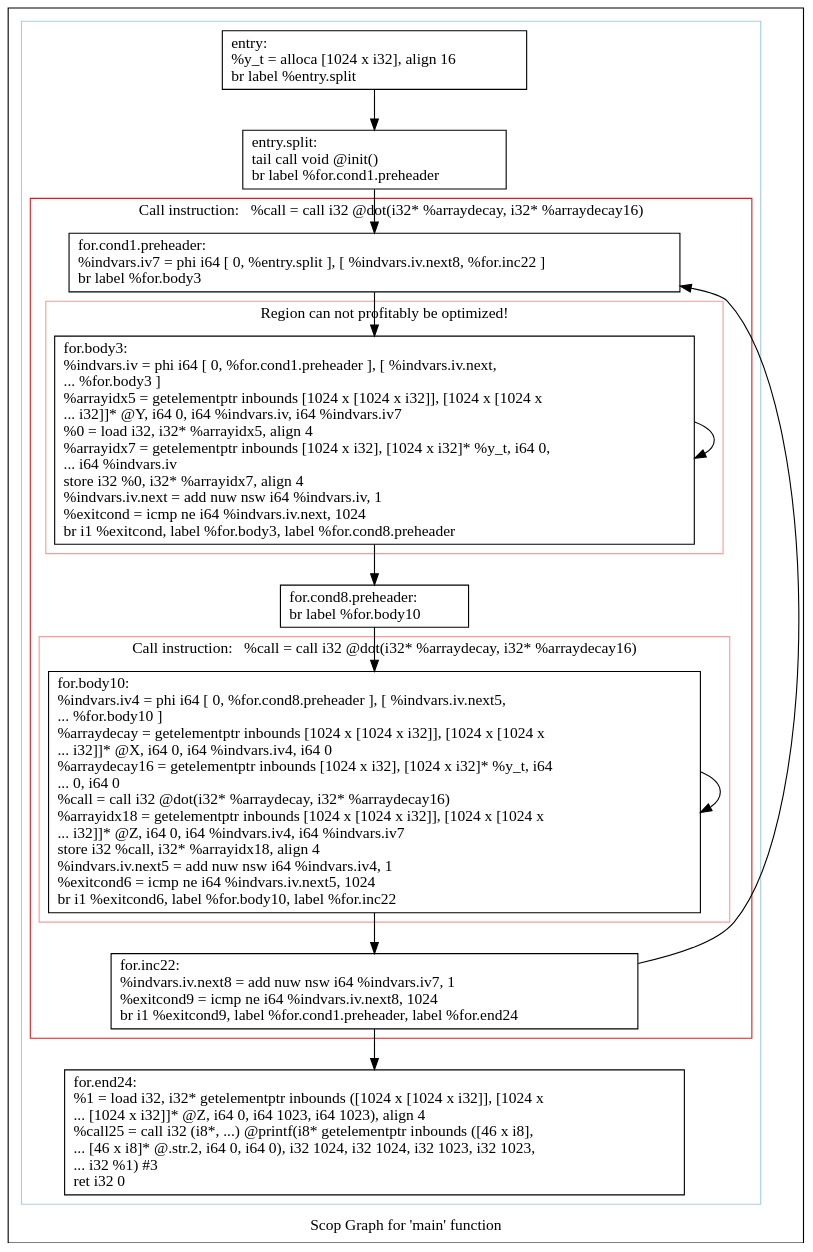
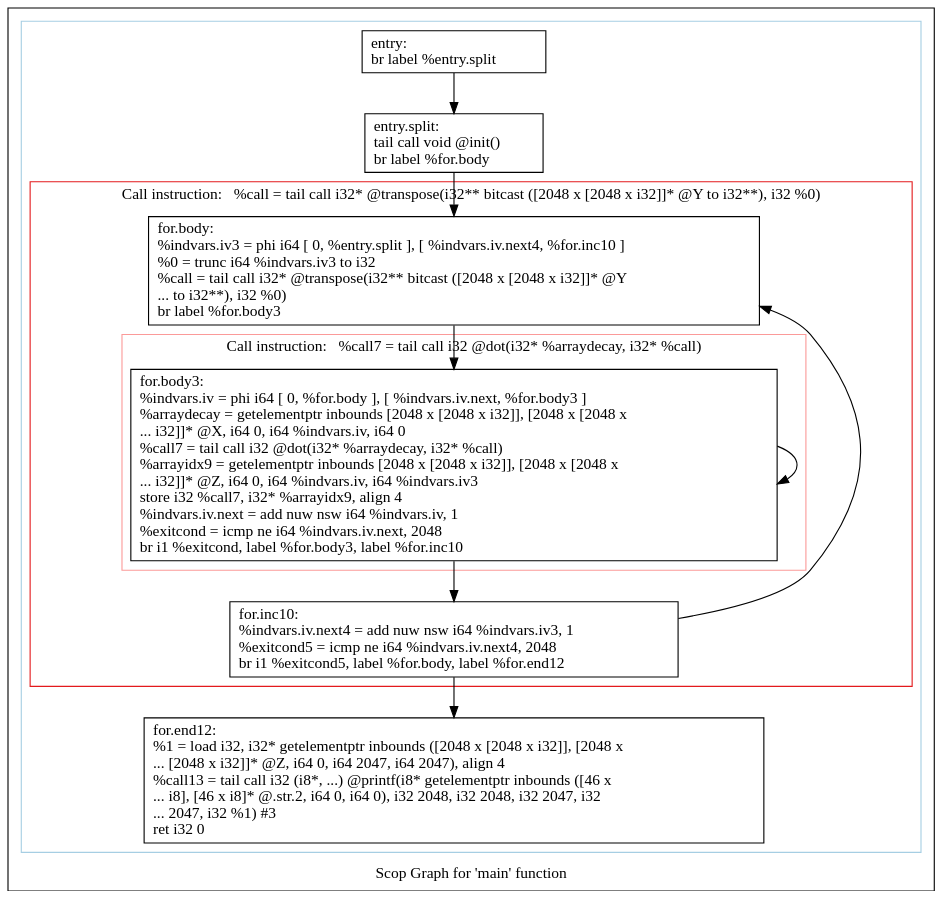
The diagram in polly/MatrixMult/impl/handwritten3/dot/scops.main.dot (samminweng/WhileyOpenCL), drawn with Graphviz before and after one commit. The commit also changed 20 other files, not shown here.

Commit message:
Update 'transpose' and 'dot' functions of Handwritten MatrixMult C program This update splits a large single loop into a loop nests with a small sized stride = 64. That means, dot products and transposes could run faster with the help of CPU caches

```diff
--- a/polly/MatrixMult/impl/handwritten3/dot/scops.main.dot
+++ b/polly/MatrixMult/impl/handwritten3/dot/scops.main.dot
@@ -1,51 +1,39 @@
 digraph "Scop Graph for 'main' function" {
 	label="Scop Graph for 'main' function";
 
-	Node0x63d6520 [shape=record,label="{entry:\l  %y_t = alloca [1024 x i32], align 16\l  br label %entry.split\l}"];
-	Node0x63d6520 -> Node0x63d73c0;
-	Node0x63d73c0 [shape=record,label="{entry.split:                                      \l  tail call void @init()\l  br label %for.cond1.preheader\l}"];
-	Node0x63d73c0 -> Node0x63d7680;
-	Node0x63d7680 [shape=record,label="{for.cond1.preheader:                              \l  %indvars.iv7 = phi i64 [ 0, %entry.split ], [ %indvars.iv.next8, %for.inc22 ]\l  br label %for.body3\l}"];
-	Node0x63d7680 -> Node0x63d76a0;
-	Node0x63d76a0 [shape=record,label="{for.body3:                                        \l  %indvars.iv = phi i64 [ 0, %for.cond1.preheader ], [ %indvars.iv.next,\l... %for.body3 ]\l  %arrayidx5 = getelementptr inbounds [1024 x [1024 x i32]], [1024 x [1024 x\l... i32]]* @Y, i64 0, i64 %indvars.iv, i64 %indvars.iv7\l  %0 = load i32, i32* %arrayidx5, align 4\l  %arrayidx7 = getelementptr inbounds [1024 x i32], [1024 x i32]* %y_t, i64 0,\l... i64 %indvars.iv\l  store i32 %0, i32* %arrayidx7, align 4\l  %indvars.iv.next = add nuw nsw i64 %indvars.iv, 1\l  %exitcond = icmp ne i64 %indvars.iv.next, 1024\l  br i1 %exitcond, label %for.body3, label %for.cond8.preheader\l}"];
-	Node0x63d76a0 -> Node0x63d76a0[constraint=false];
-	Node0x63d76a0 -> Node0x63d6d30;
-	Node0x63d6d30 [shape=record,label="{for.cond8.preheader:                              \l  br label %for.body10\l}"];
-	Node0x63d6d30 -> Node0x63d5f70;
-	Node0x63d5f70 [shape=record,label="{for.body10:                                       \l  %indvars.iv4 = phi i64 [ 0, %for.cond8.preheader ], [ %indvars.iv.next5,\l... %for.body10 ]\l  %arraydecay = getelementptr inbounds [1024 x [1024 x i32]], [1024 x [1024 x\l... i32]]* @X, i64 0, i64 %indvars.iv4, i64 0\l  %arraydecay16 = getelementptr inbounds [1024 x i32], [1024 x i32]* %y_t, i64\l... 0, i64 0\l  %call = call i32 @dot(i32* %arraydecay, i32* %arraydecay16)\l  %arrayidx18 = getelementptr inbounds [1024 x [1024 x i32]], [1024 x [1024 x\l... i32]]* @Z, i64 0, i64 %indvars.iv4, i64 %indvars.iv7\l  store i32 %call, i32* %arrayidx18, align 4\l  %indvars.iv.next5 = add nuw nsw i64 %indvars.iv4, 1\l  %exitcond6 = icmp ne i64 %indvars.iv.next5, 1024\l  br i1 %exitcond6, label %for.body10, label %for.inc22\l}"];
-	Node0x63d5f70 -> Node0x63d5f70[constraint=false];
-	Node0x63d5f70 -> Node0x63d5f40;
-	Node0x63d5f40 [shape=record,label="{for.inc22:                                        \l  %indvars.iv.next8 = add nuw nsw i64 %indvars.iv7, 1\l  %exitcond9 = icmp ne i64 %indvars.iv.next8, 1024\l  br i1 %exitcond9, label %for.cond1.preheader, label %for.end24\l}"];
-	Node0x63d5f40 -> Node0x63d7680[constraint=false];
-	Node0x63d5f40 -> Node0x63d6ee0;
-	Node0x63d6ee0 [shape=record,label="{for.end24:                                        \l  %1 = load i32, i32* getelementptr inbounds ([1024 x [1024 x i32]], [1024 x\l... [1024 x i32]]* @Z, i64 0, i64 1023, i64 1023), align 4\l  %call25 = call i32 (i8*, ...) @printf(i8* getelementptr inbounds ([46 x i8],\l... [46 x i8]* @.str.2, i64 0, i64 0), i32 1024, i32 1024, i32 1023, i32 1023,\l... i32 %1) #3\l  ret i32 0\l}"];
+	Node0x520f650 [shape=record,label="{entry:\l  br label %entry.split\l}"];
+	Node0x520f650 -> Node0x521b890;
+	Node0x521b890 [shape=record,label="{entry.split:                                      \l  tail call void @init()\l  br label %for.body\l}"];
+	Node0x521b890 -> Node0x520ef80;
+	Node0x520ef80 [shape=record,label="{for.body:                                         \l  %indvars.iv3 = phi i64 [ 0, %entry.split ], [ %indvars.iv.next4, %for.inc10 ]\l  %0 = trunc i64 %indvars.iv3 to i32\l  %call = tail call i32* @transpose(i32** bitcast ([2048 x [2048 x i32]]* @Y\l... to i32**), i32 %0)\l  br label %for.body3\l}"];
+	Node0x520ef80 -> Node0x521b6e0;
+	Node0x521b6e0 [shape=record,label="{for.body3:                                        \l  %indvars.iv = phi i64 [ 0, %for.body ], [ %indvars.iv.next, %for.body3 ]\l  %arraydecay = getelementptr inbounds [2048 x [2048 x i32]], [2048 x [2048 x\l... i32]]* @X, i64 0, i64 %indvars.iv, i64 0\l  %call7 = tail call i32 @dot(i32* %arraydecay, i32* %call)\l  %arrayidx9 = getelementptr inbounds [2048 x [2048 x i32]], [2048 x [2048 x\l... i32]]* @Z, i64 0, i64 %indvars.iv, i64 %indvars.iv3\l  store i32 %call7, i32* %arrayidx9, align 4\l  %indvars.iv.next = add nuw nsw i64 %indvars.iv, 1\l  %exitcond = icmp ne i64 %indvars.iv.next, 2048\l  br i1 %exitcond, label %for.body3, label %for.inc10\l}"];
+	Node0x521b6e0 -> Node0x521b6e0[constraint=false];
+	Node0x521b6e0 -> Node0x521f5c0;
+	Node0x521f5c0 [shape=record,label="{for.inc10:                                        \l  %indvars.iv.next4 = add nuw nsw i64 %indvars.iv3, 1\l  %exitcond5 = icmp ne i64 %indvars.iv.next4, 2048\l  br i1 %exitcond5, label %for.body, label %for.end12\l}"];
+	Node0x521f5c0 -> Node0x520ef80[constraint=false];
+	Node0x521f5c0 -> Node0x521f620;
+	Node0x521f620 [shape=record,label="{for.end12:                                        \l  %1 = load i32, i32* getelementptr inbounds ([2048 x [2048 x i32]], [2048 x\l... [2048 x i32]]* @Z, i64 0, i64 2047, i64 2047), align 4\l  %call13 = tail call i32 (i8*, ...) @printf(i8* getelementptr inbounds ([46 x\l... i8], [46 x i8]* @.str.2, i64 0, i64 0), i32 2048, i32 2048, i32 2047, i32\l... 2047, i32 %1) #3\l  ret i32 0\l}"];
 	colorscheme = "paired12"
-        subgraph cluster_0x63b1850 {
+        subgraph cluster_0x521b640 {
           label = "";
           style = solid;
           color = 1
-          subgraph cluster_0x63d7560 {
-            label = "Call instruction:   %call = call i32 @dot(i32* %arraydecay, i32* %arraydecay16)";
+          subgraph cluster_0x520ee60 {
+            label = "Call instruction:   %call = tail call i32* @transpose(i32** bitcast ([2048 x [2048 x i32]]* @Y to i32**), i32 %0)";
             style = solid;
             color = 6
-            subgraph cluster_0x63b18d0 {
-              label = "Region can not profitably be optimized!";
+            subgraph cluster_0x520ede0 {
+              label = "Call instruction:   %call7 = tail call i32 @dot(i32* %arraydecay, i32* %call)";
               style = solid;
               color = 5
-              Node0x63d76a0;
+              Node0x521b6e0;
             }
-            subgraph cluster_0x63d74e0 {
-              label = "Call instruction:   %call = call i32 @dot(i32* %arraydecay, i32* %arraydecay16)";
-              style = solid;
-              color = 5
-              Node0x63d5f70;
-            }
-            Node0x63d7680;
-            Node0x63d6d30;
-            Node0x63d5f40;
+            Node0x520ef80;
+            Node0x521f5c0;
           }
-          Node0x63d6520;
-          Node0x63d73c0;
-          Node0x63d6ee0;
+          Node0x520f650;
+          Node0x521b890;
+          Node0x521f620;
         }
 }
```
